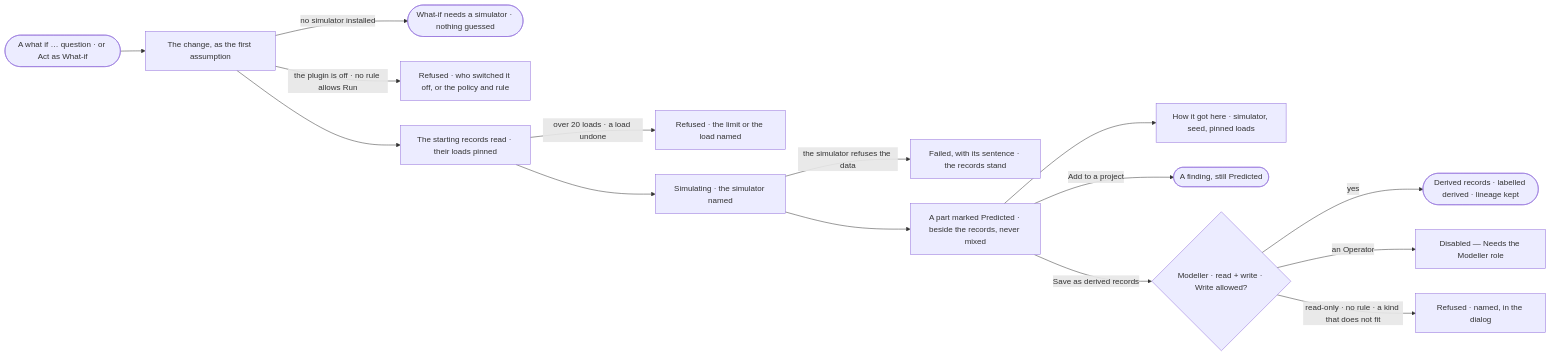
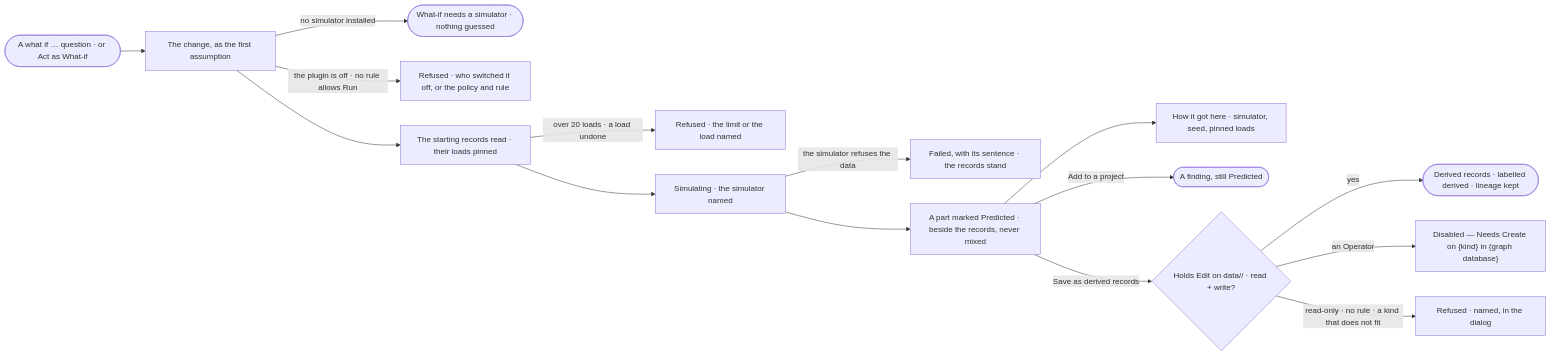
The diagram in specs/capabilities/explore/features/EX-F05-when-it-cannot-answer-and-how-it-reasons/stories/EX-33-ask-what-if-and-read-the-prediction-as-evidence/story.md (invana/invana), drawn with Mermaid before and after one commit. The commit also changed other lines of this file and 456 other files, not shown here.

````diff
--- a/specs/capabilities/explore/features/EX-F05-when-it-cannot-answer-and-how-it-reasons/stories/EX-33-ask-what-if-and-read-the-prediction-as-evidence/story.md
+++ b/specs/capabilities/explore/features/EX-F05-when-it-cannot-answer-and-how-it-reasons/stories/EX-33-ask-what-if-and-read-the-prediction-as-evidence/story.md
@@ -27,17 +27,17 @@
 ```mermaid
 flowchart LR
   s([A what if … question · or Act as What-if]) --> c["The change, as the first assumption"]
   c -->|no simulator installed| ns(["What-if needs a simulator · nothing guessed"])
   c -->|the plugin is off · no rule allows Run| rf["Refused · who switched it off, or the policy and rule"]
   c --> rd["The starting records read · their loads pinned"]
   rd -->|over 20 loads · a load undone| rl["Refused · the limit or the load named"]
   rd --> sm["Simulating · the simulator named"]
   sm -->|the simulator refuses the data| fl["Failed, with its sentence · the records stand"]
   sm --> pr["A part marked Predicted · beside the records, never mixed"]
   pr --> how["How it got here · simulator, seed, pinned loads"]
   pr -->|Add to a project| fd(["A finding, still Predicted"])
-  pr -->|Save as derived records| sv{"Modeller · read + write · Write allowed?"}
+  pr -->|Save as derived records| sv{"Holds Edit on data/<graph database>/<kind> · read + write?"}
   sv -->|yes| dr(["Derived records · labelled derived · lineage kept"])
-  sv -->|an Operator| od["Disabled — Needs the Modeller role"]
+  sv -->|an Operator| od["Disabled — Needs Create on {kind} in {graph database}"]
   sv -->|read-only · no rule · a kind that does not fit| rr["Refused · named, in the dialog"]
 ```
````
